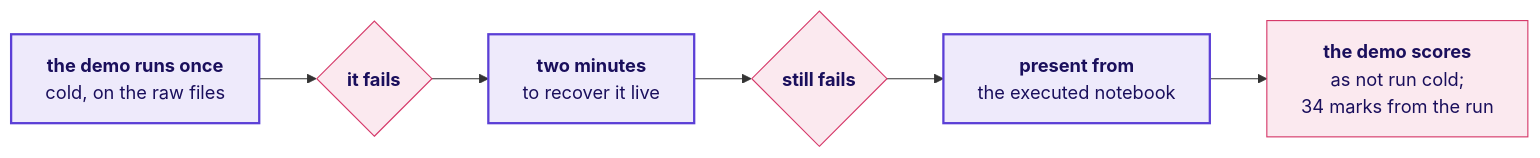
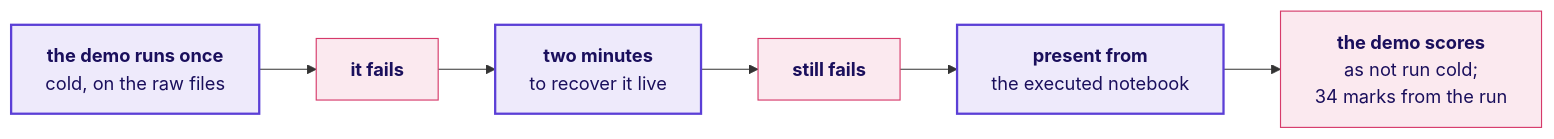
Diagram 22 of 22 in content/W03/D1/slides/C2_W03_D01_introduction_STUDENT.md (fde-academy-lab/c2-content-factory), drawn with Mermaid before and after one commit. The commit also changed other lines of this file and 15 other files, not shown here.

````diff
--- a/content/W03/D1/slides/C2_W03_D01_introduction_STUDENT.md
+++ b/content/W03/D1/slides/C2_W03_D01_introduction_STUDENT.md
@@ -1263,12 +1287,12 @@
 ```mermaid
 flowchart LR
-    R["<b>the demo runs once</b><br/>cold, on the raw files"] --> F{"<b>it fails</b>"}
+    R["<b>the demo runs once</b><br/>cold, on the raw files"] --> F["<b>it fails</b>"]
     F --> T["<b>two minutes</b><br/>to recover it live"]
-    T --> S{"<b>still fails</b>"}
+    T --> S["<b>still fails</b>"]
     S --> E["<b>present from</b><br/>the executed notebook"]
     E --> M["<b>the demo scores</b><br/>as not run cold;<br/>34 marks from the run"]
     classDef known fill:#EEEAFB,stroke:#5B3FD6,color:#1A0F5C,stroke-width:2px
     classDef bad fill:#FBE9EF,stroke:#D63A6A,color:#1A0F5C
     class R,T,E known
     class F,S,M bad
 ```
````
